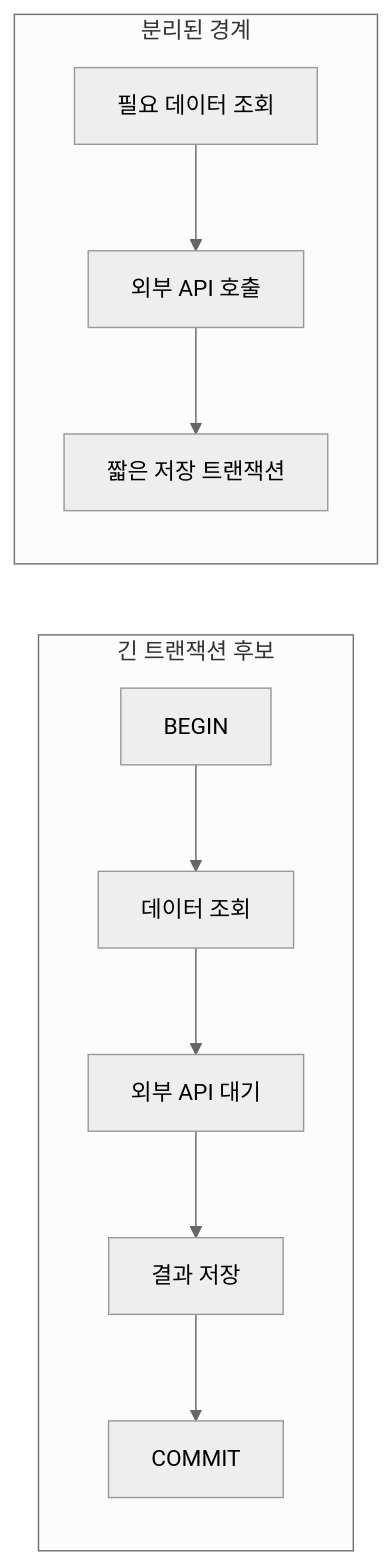
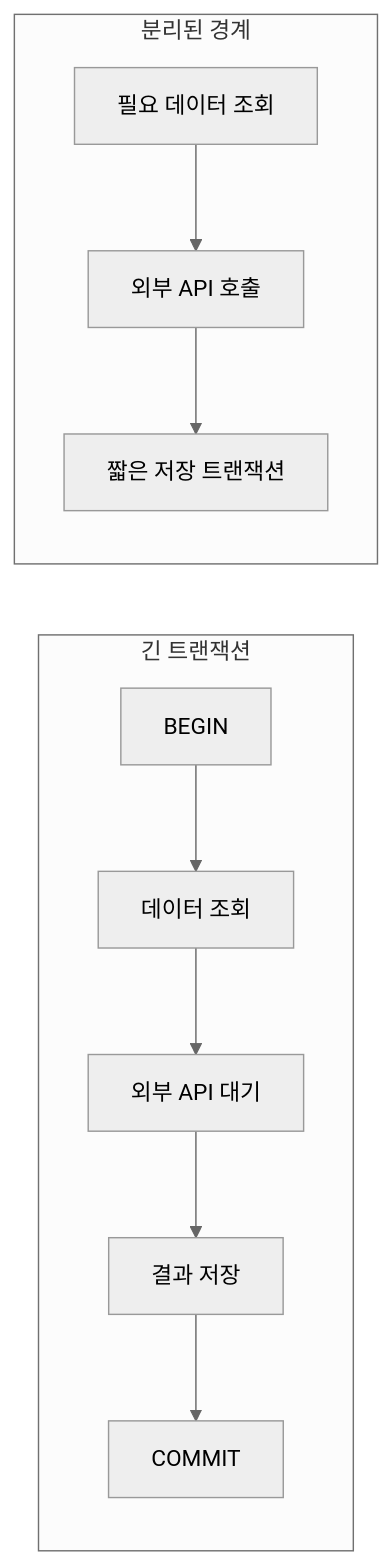
The fifth of 10 diagrams in _posts/2026-06-29-ai-conversation-post-processing-pipeline.md (jiwon11/jiwon11.github.io), drawn with Mermaid (neutral theme) before and after one commit. The commit also changed other lines of this file and 6 other files, not shown here.

```diff
--- a/_posts/2026-06-29-ai-conversation-post-processing-pipeline.md
+++ b/_posts/2026-06-29-ai-conversation-post-processing-pipeline.md
@@ -172,14 +172,14 @@
 ~~~mermaid
 flowchart LR
-    subgraph risky["긴 트랜잭션 후보"]
+    subgraph risky["긴 트랜잭션"]
         T1["BEGIN"] --> Q1["데이터 조회"]
         Q1 --> X1["외부 API 대기"]
         X1 --> S1["결과 저장"]
         S1 --> C1["COMMIT"]
     end
 
     subgraph separated["분리된 경계"]
         Q2["필요 데이터 조회"] --> X2["외부 API 호출"]
         X2 --> T2["짧은 저장 트랜잭션"]
     end
 ~~~
```
